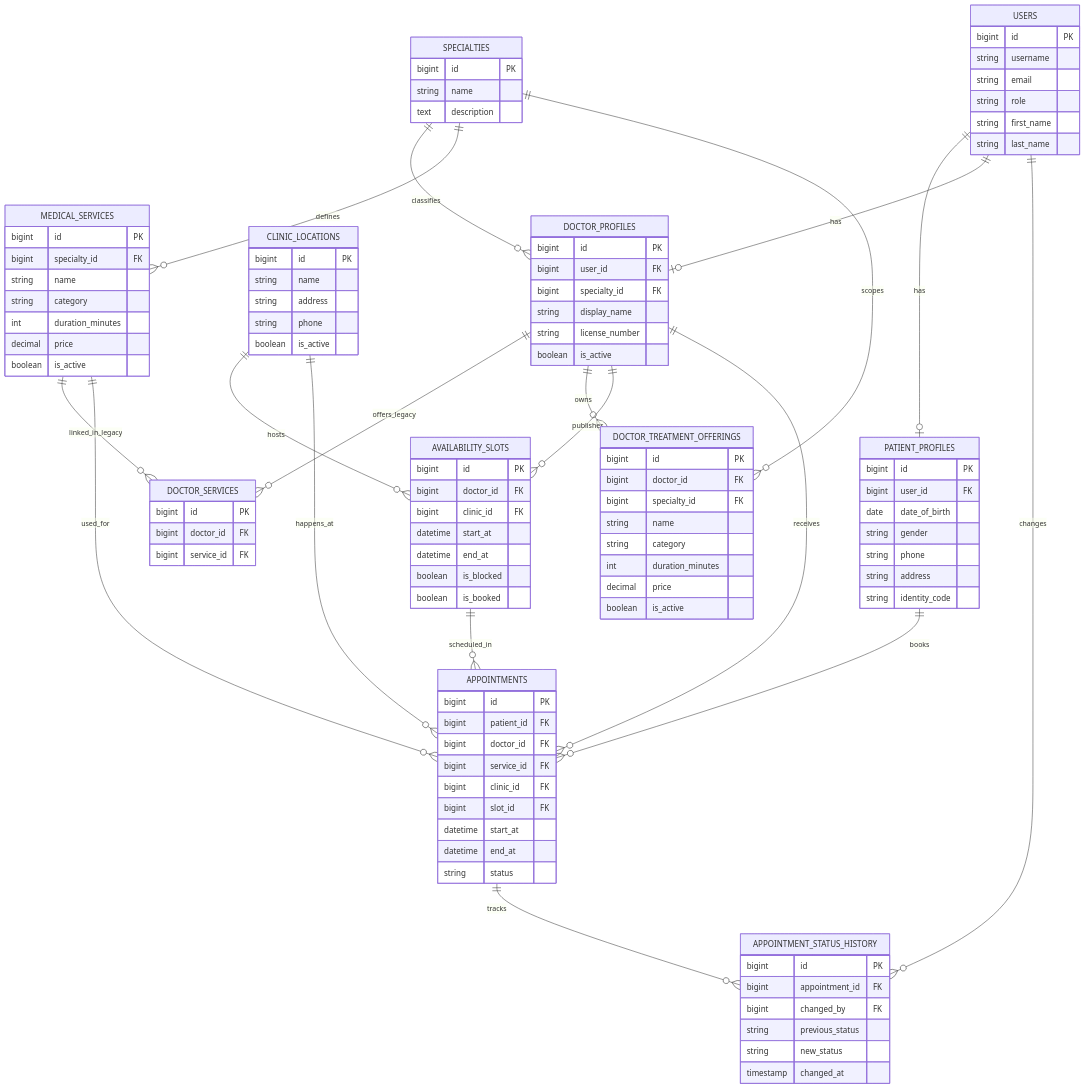
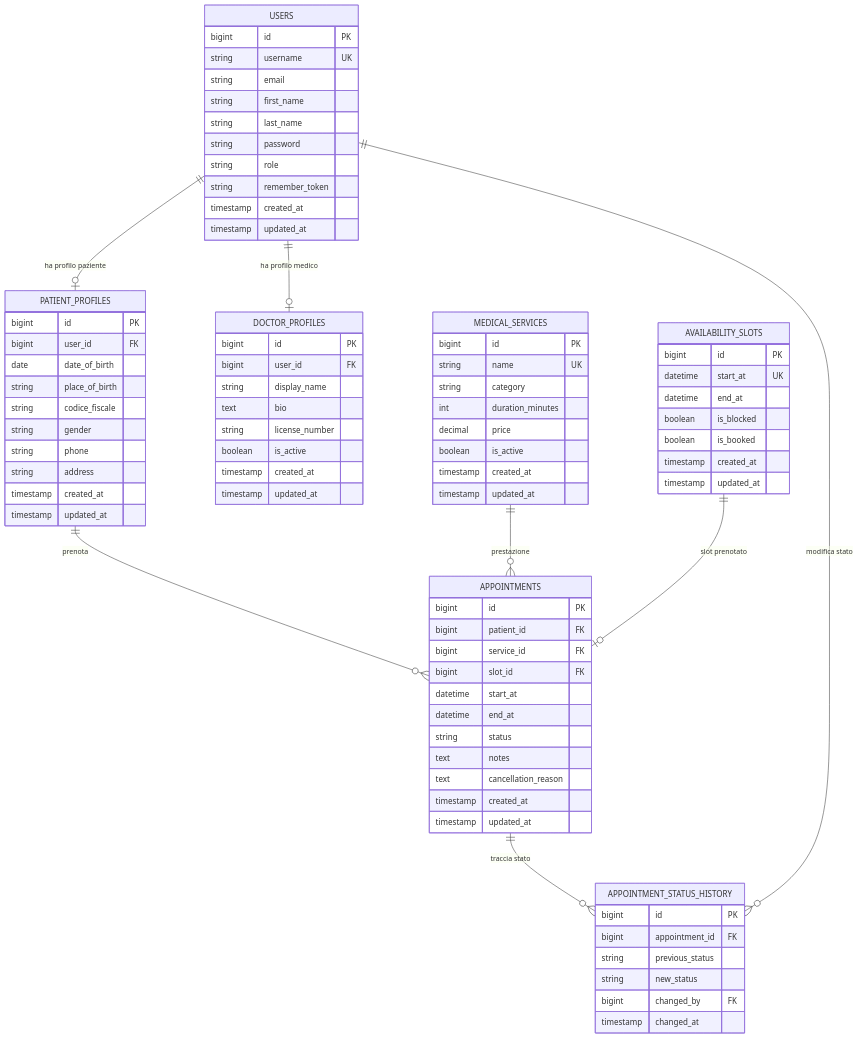
The diagram in docs/er-diagram.md (brahimgrr/Prenoting), drawn with Mermaid before and after one commit. The commit also changed other lines of this file and 8 other files, not shown here.

Commit message:
Use medical services for doctor treatments

````diff
--- a/docs/er-diagram.md
+++ b/docs/er-diagram.md
@@ -13,119 +6,90 @@
 erDiagram
   USERS {
     bigint id PK
-    string username
+    string username UK
     string email
-    string role
     string first_name
     string last_name
+    string password
+    string role
+    string remember_token
+    timestamp created_at
+    timestamp updated_at
   }
 
   PATIENT_PROFILES {
     bigint id PK
     bigint user_id FK
     date date_of_birth
+    string place_of_birth
+    string codice_fiscale
     string gender
     string phone
     string address
-    string identity_code
+    timestamp created_at
+    timestamp updated_at
   }
 
   DOCTOR_PROFILES {
     bigint id PK
     bigint user_id FK
-    bigint specialty_id FK
     string display_name
+    text bio
     string license_number
     boolean is_active
-  }
-
-  SPECIALTIES {
-    bigint id PK
-    string name
-    text description
-  }
-
-  CLINIC_LOCATIONS {
-    bigint id PK
-    string name
-    string address
-    string phone
-    boolean is_active
+    timestamp created_at
+    timestamp updated_at
   }
 
   MEDICAL_SERVICES {
     bigint id PK
-    bigint specialty_id FK
-    string name
+    string name UK
     string category
     int duration_minutes
     decimal price
     boolean is_active
-  }
-
-  DOCTOR_SERVICES {
-    bigint id PK
-    bigint doctor_id FK
-    bigint service_id FK
-  }
-
-  DOCTOR_TREATMENT_OFFERINGS {
-    bigint id PK
-    bigint doctor_id FK
-    bigint specialty_id FK
-    string name
-    string category
-    int duration_minutes
-    decimal price
-    boolean is_active
+    timestamp created_at
+    timestamp updated_at
   }
 
   AVAILABILITY_SLOTS {
     bigint id PK
-    bigint doctor_id FK
-    bigint clinic_id FK
-    datetime start_at
+    datetime start_at UK
     datetime end_at
     boolean is_blocked
     boolean is_booked
+    timestamp created_at
+    timestamp updated_at
   }
 
   APPOINTMENTS {
     bigint id PK
     bigint patient_id FK
-    bigint doctor_id FK
     bigint service_id FK
-    bigint clinic_id FK
     bigint slot_id FK
     datetime start_at
     datetime end_at
     string status
+    text notes
+    text cancellation_reason
+    timestamp created_at
+    timestamp updated_at
   }
 
   APPOINTMENT_STATUS_HISTORY {
     bigint id PK
     bigint appointment_id FK
-    bigint changed_by FK
     string previous_status
     string new_status
+    bigint changed_by FK
     timestamp changed_at
   }
 
-  USERS ||--o| PATIENT_PROFILES : has
-  USERS ||--o| DOCTOR_PROFILES : has
-  SPECIALTIES ||--o{ DOCTOR_PROFILES : classifies
-  SPECIALTIES ||--o{ MEDICAL_SERVICES : defines
-  SPECIALTIES ||--o{ DOCTOR_TREATMENT_OFFERINGS : scopes
-  DOCTOR_PROFILES ||--o{ DOCTOR_SERVICES : offers_legacy
-  MEDICAL_SERVICES ||--o{ DOCTOR_SERVICES : linked_in_legacy
-  DOCTOR_PROFILES ||--o{ DOCTOR_TREATMENT_OFFERINGS : owns
-  DOCTOR_PROFILES ||--o{ AVAILABILITY_SLOTS : publishes
-  CLINIC_LOCATIONS ||--o{ AVAILABILITY_SLOTS : hosts
-  PATIENT_PROFILES ||--o{ APPOINTMENTS : books
-  DOCTOR_PROFILES ||--o{ APPOINTMENTS : receives
-  MEDICAL_SERVICES ||--o{ APPOINTMENTS : used_for
-  CLINIC_LOCATIONS ||--o{ APPOINTMENTS : happens_at
-  AVAILABILITY_SLOTS ||--o{ APPOINTMENTS : scheduled_in
-  APPOINTMENTS ||--o{ APPOINTMENT_STATUS_HISTORY : tracks
-  USERS ||--o{ APPOINTMENT_STATUS_HISTORY : changes
+  USERS ||--o| PATIENT_PROFILES : "ha profilo paziente"
+  USERS ||--o| DOCTOR_PROFILES : "ha profilo medico"
+  PATIENT_PROFILES ||--o{ APPOINTMENTS : "prenota"
+  MEDICAL_SERVICES ||--o{ APPOINTMENTS : "prestazione"
+  AVAILABILITY_SLOTS ||--o| APPOINTMENTS : "slot prenotato"
+  APPOINTMENTS ||--o{ APPOINTMENT_STATUS_HISTORY : "traccia stato"
+  USERS ||--o{ APPOINTMENT_STATUS_HISTORY : "modifica stato"
 ```
````
